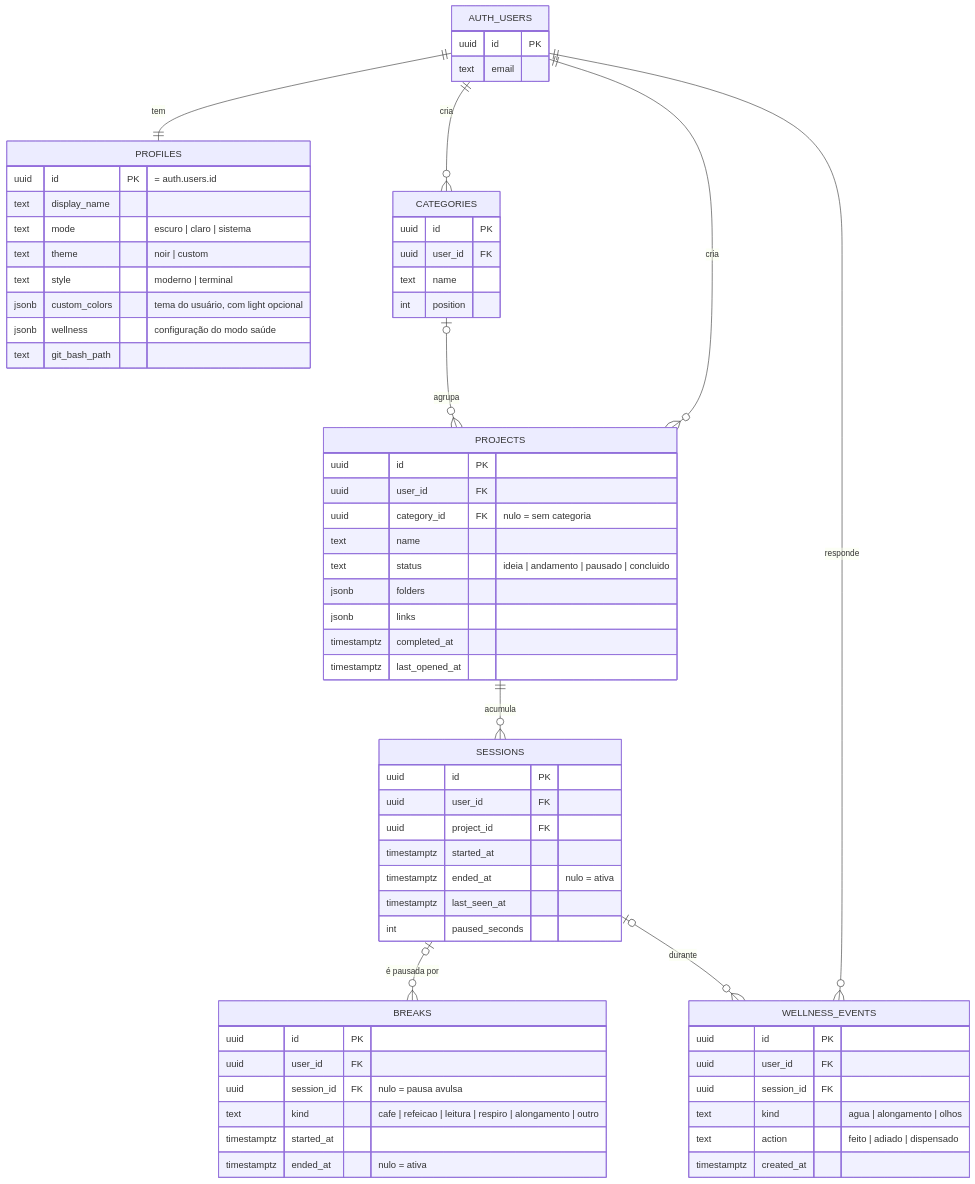
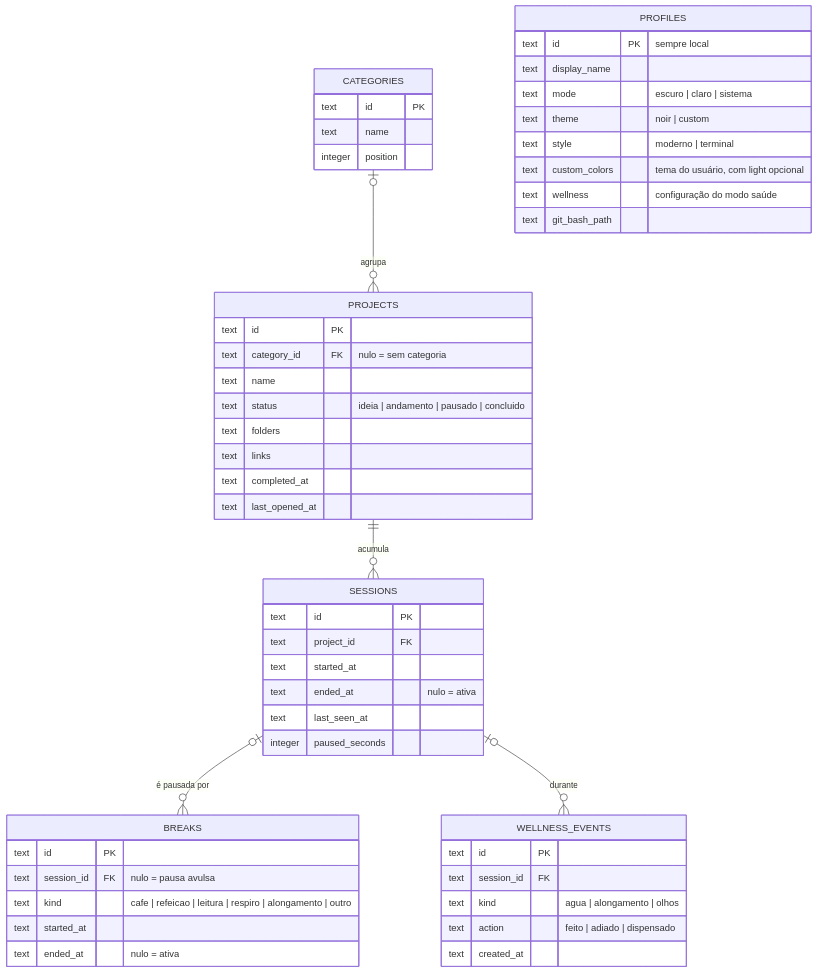
Before and after one commit to SamaraSilvia81/gwen-app: the diagram in docs/DAT-001-modelo-de-dados.md, drawn with Mermaid. The commit also changed other lines of this file and 47 other files, not shown here.

````diff
--- a/docs/DAT-001-modelo-de-dados.md
+++ b/docs/DAT-001-modelo-de-dados.md
@@ -38,68 +47,55 @@
 ```mermaid
 erDiagram
-  AUTH_USERS ||--|| PROFILES : "tem"
-  AUTH_USERS ||--o{ CATEGORIES : "cria"
-  AUTH_USERS ||--o{ PROJECTS : "cria"
   CATEGORIES |o--o{ PROJECTS : "agrupa"
   PROJECTS ||--o{ SESSIONS : "acumula"
   SESSIONS |o--o{ BREAKS : "é pausada por"
-  AUTH_USERS ||--o{ WELLNESS_EVENTS : "responde"
   SESSIONS |o--o{ WELLNESS_EVENTS : "durante"
 
-  AUTH_USERS {
-    uuid id PK
-    text email
-  }
   PROFILES {
-    uuid id PK "= auth.users.id"
+    text id PK "sempre local"
     text display_name
     text mode "escuro | claro | sistema"
     text theme "noir | custom"
     text style "moderno | terminal"
-    jsonb custom_colors "tema do usuário, com light opcional"
-    jsonb wellness "configuração do modo saúde"
+    text custom_colors "tema do usuário, com light opcional"
+    text wellness "configuração do modo saúde"
     text git_bash_path
   }
   CATEGORIES {
-    uuid id PK
-    uuid user_id FK
+    text id PK
     text name
-    int position
+    integer position
   }
   PROJECTS {
-    uuid id PK
-    uuid user_id FK
-    uuid category_id FK "nulo = sem categoria"
+    text id PK
+    text category_id FK "nulo = sem categoria"
     text name
     text status "ideia | andamento | pausado | concluido"
-    jsonb folders
-    jsonb links
-    timestamptz completed_at
-    timestamptz last_opened_at
+    text folders
+    text links
+    text completed_at
+    text last_opened_at
   }
   SESSIONS {
-    uuid id PK
-    uuid user_id FK
-    uuid project_id FK
-    timestamptz started_at
-    timestamptz ended_at "nulo = ativa"
-    timestamptz last_seen_at
-    int paused_seconds
+    text id PK
+    text project_id FK
+    text started_at
+    text ended_at "nulo = ativa"
+    text last_seen_at
+    integer paused_seconds
   }
   WELLNESS_EVENTS {
-    uuid id PK
-    uuid user_id FK
-    uuid session_id FK
+    text id PK
+    text session_id FK
     text kind "agua | alongamento | olhos"
     text action "feito | adiado | dispensado"
-    timestamptz created_at
+    text created_at
   }
   BREAKS {
-    uuid id PK
-    uuid user_id FK
-    uuid session_id FK "nulo = pausa avulsa"
+    text id PK
+    text session_id FK "nulo = pausa avulsa"
     text kind "cafe | refeicao | leitura | respiro | alongamento | outro"
-    timestamptz started_at
-    timestamptz ended_at "nulo = ativa"
+    text started_at
+    text ended_at "nulo = ativa"
   }
 ```
````
